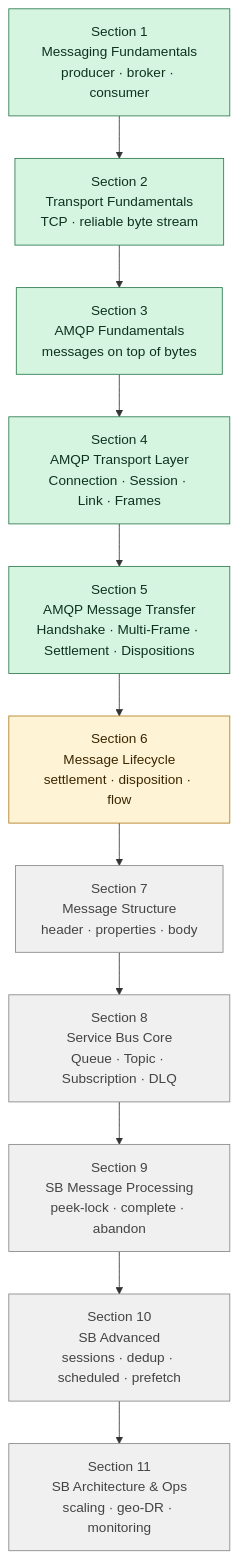
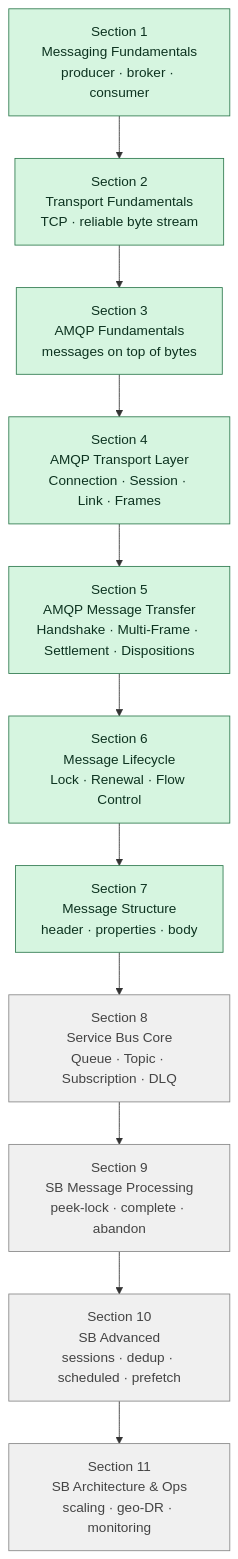
Before and after one commit to sidanacode/Azure-Service-Bus: the diagram in Index.md, drawn with Mermaid. The commit also changed other lines of this file and 9 other files, not shown here.

````diff
--- a/Index.md
+++ b/Index.md
@@ -19,20 +19,21 @@
 ```mermaid
 flowchart TB
     S1[Section 1<br/>Messaging Fundamentals<br/>producer · broker · consumer]:::done
     S2[Section 2<br/>Transport Fundamentals<br/>TCP · reliable byte stream]:::done
     S3[Section 3<br/>AMQP Fundamentals<br/>messages on top of bytes]:::done
     S4[Section 4<br/>AMQP Transport Layer<br/>Connection · Session · Link · Frames]:::done
     S5[Section 5<br/>AMQP Message Transfer<br/>Handshake · Multi-Frame · Settlement · Dispositions]:::done
-    S6[Section 6<br/>Message Lifecycle<br/>settlement · disposition · flow]:::next
-    S7[Section 7<br/>Message Structure<br/>header · properties · body]:::todo
+    S6[Section 6<br/>Message Lifecycle<br/>Lock · Renewal · Flow Control]:::done
+    S7[Section 7<br/>Message Structure<br/>header · properties · body]:::done
     S8[Section 8<br/>Service Bus Core<br/>Queue · Topic · Subscription · DLQ]:::todo
     S9[Section 9<br/>SB Message Processing<br/>peek-lock · complete · abandon]:::todo
     S10[Section 10<br/>SB Advanced<br/>sessions · dedup · scheduled · prefetch]:::todo
     S11[Section 11<br/>SB Architecture & Ops<br/>scaling · geo-DR · monitoring]:::todo
 
     S1 --> S2 --> S3 --> S4 --> S5 --> S6 --> S7 --> S8 --> S9 --> S10 --> S11
 
     classDef done fill:#d6f5e0,stroke:#2f7a4f,color:#0d3320
+    classDef wip fill:#fff3d6,stroke:#b07f1f,color:#3a2700
     classDef next fill:#fff3d6,stroke:#b07f1f,color:#3a2700
     classDef todo fill:#f0f0f0,stroke:#888,color:#444
 ```
````
